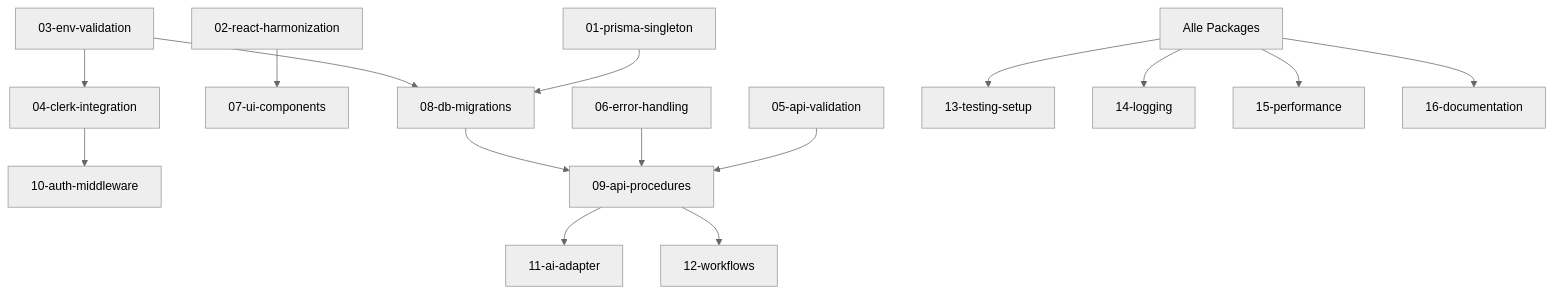
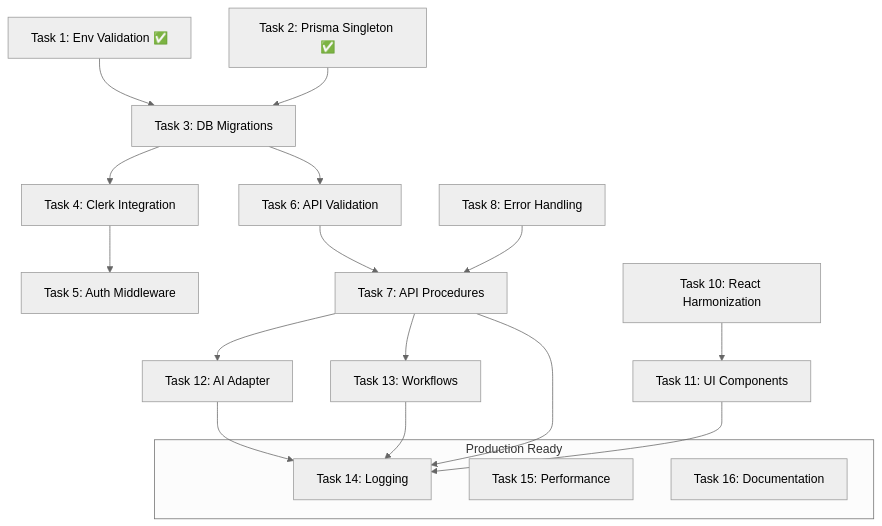
The diagram in implementation/projekt_02/TASKLIST.md (0ui-labs/app-starter-kit), drawn with Mermaid (neutral theme) before and after one commit. The commit also changed other lines of this file and 6 other files, not shown here.

````diff
--- a/implementation/projekt_02/TASKLIST.md
+++ b/implementation/projekt_02/TASKLIST.md
@@ -42,17 +211,25 @@
 ```mermaid
 graph TD
-    A[01-prisma-singleton] --> D[08-db-migrations]
-    B[02-react-harmonization] --> G[07-ui-components]
-    C[03-env-validation] --> D
-    C --> E[04-clerk-integration]
-    E --> J[10-auth-middleware]
-    F[05-api-validation] --> I[09-api-procedures]
-    H[06-error-handling] --> I
-    D --> I
-    I --> K[11-ai-adapter]
-    I --> L[12-workflows]
-    All[Alle Packages] --> M[13-testing-setup]
-    All --> N[14-logging]
-    All --> O[15-performance]
-    All --> P[16-documentation]
+    T1[Task 1: Env Validation ✅] --> T3[Task 3: DB Migrations]
+    T2[Task 2: Prisma Singleton ✅] --> T3
+    T3 --> T4[Task 4: Clerk Integration]
+    T3 --> T6[Task 6: API Validation]
+    T4 --> T5[Task 5: Auth Middleware]
+    T6 --> T7[Task 7: API Procedures]
+    T8[Task 8: Error Handling] --> T7
+    T7 --> T12[Task 12: AI Adapter]
+    T7 --> T13[Task 13: Workflows]
+    T10[Task 10: React Harmonization] --> T11[Task 11: UI Components]
+    
+    %% Phase 4 depends on all previous phases
+    subgraph "Production Ready"
+        T14[Task 14: Logging]
+        T15[Task 15: Performance]
+        T16[Task 16: Documentation]
+    end
+    
+    T7 --> T14
+    T11 --> T14
+    T12 --> T14
+    T13 --> T14
 ```
````
